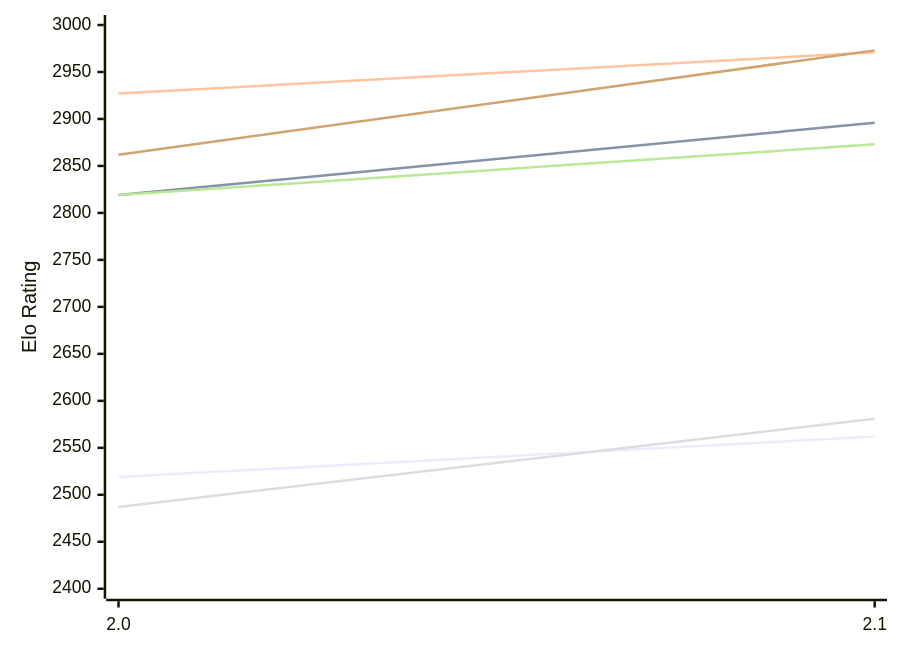
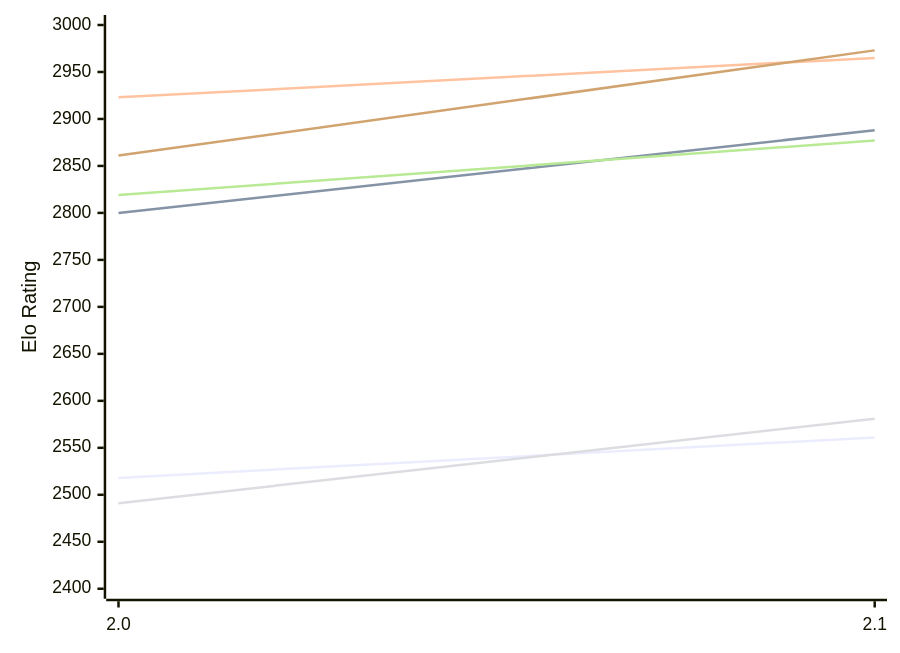
One commit to computer-chess-index/cci changed the first of 2 diagrams in engines/Noggin.md. Above: the diagram before and after it, drawn with Mermaid. The commit also changed other lines of this file, not shown here.

Commit message:
Update CCI Ratings (ELO VLTC) - 2026-11-26

````diff
--- a/engines/Noggin.md
+++ b/engines/Noggin.md
@@ -50,12 +50,12 @@
 ```mermaid
 %%{init: {"theme":"base","themeVariables":{"seriesColors:['#a3a3a3','#222221','#faa371']}}}%%
 xychart-beta
   x-axis ["2.0", "2.1"]
   y-axis "Elo Rating" 2400 --> 3000
-  line "E1: STC (8.0+0.08s)" [2519, 2562]
-  line "E1: LTC (60.0+0.60s)" [2819, 2896]
-  line "E1: VLTC (2m24s+1.12s)" [2927, 2971]
-  line "P1: STC (8.0+0.08s)" [2487, 2581]
-  line "P1: LTC (60.0+0.60s)" [2819, 2873]
-  line "P1: VLTC (2m24s+1.12s)" [2862, 2973]
+  line "E1: STC (8.0+0.08s)" [2518, 2561]
+  line "E1: LTC (60.0+0.60s)" [2800, 2888]
+  line "E1: VLTC (2m24s+1.12s)" [2923, 2965]
+  line "P1: STC (8.0+0.08s)" [2491, 2581]
+  line "P1: LTC (60.0+0.60s)" [2819, 2877]
+  line "P1: VLTC (2m24s+1.12s)" [2861, 2973]
 ```
````
